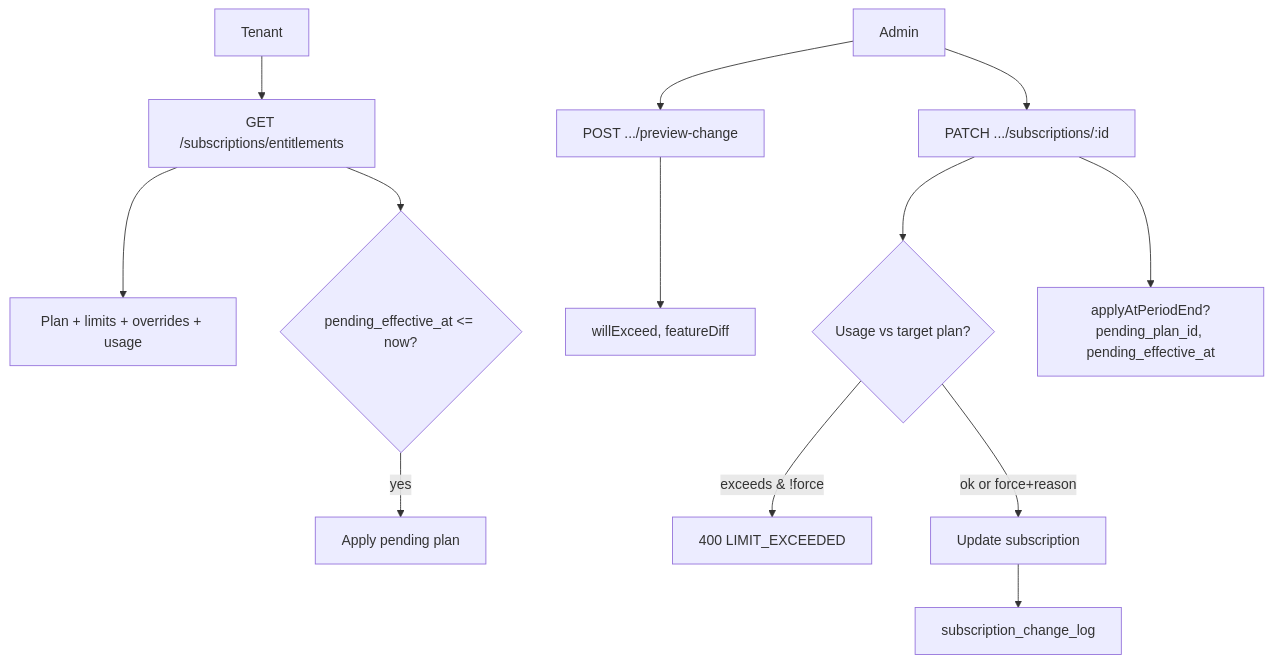
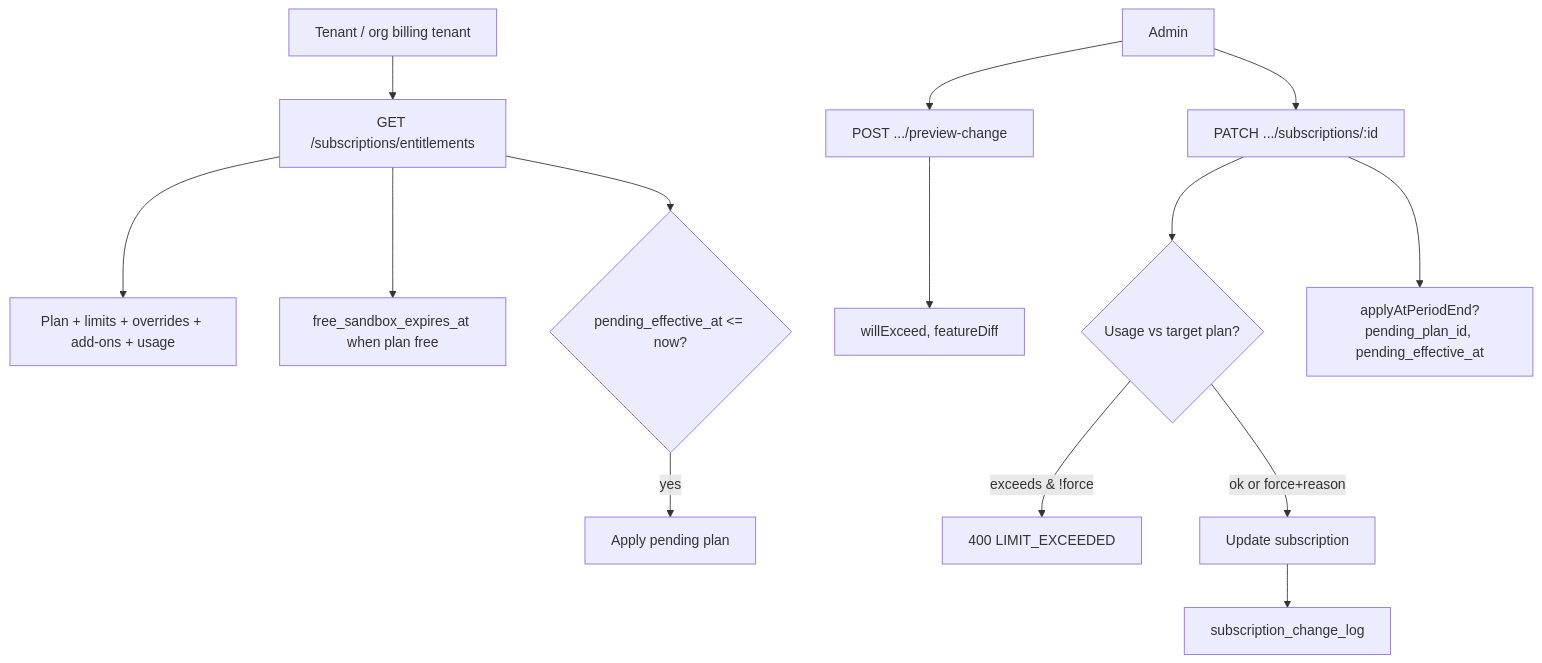
Before and after one commit to ghadimdallaldev/supplify_erp: the diagram in docs/blueprint/workflows/subscription_flow.mmd, drawn with Mermaid. The commit also changed 68 other files, not shown here.

First line of the commit message:
feat(admin): searchable limits tab, deal boosts, and diagram catalog

```diff
--- a/docs/blueprint/workflows/subscription_flow.mmd
+++ b/docs/blueprint/workflows/subscription_flow.mmd
@@ -1,13 +1,15 @@
+%% Subscription admin + entitlements (tiers: free trial, silver $49, gold $149, platinum $349; bronze → silver)
 flowchart TB
-  Tenant[Tenant] --> GetEntitlements[GET /subscriptions/entitlements]
-  GetEntitlements --> Plan[Plan + limits + overrides + usage]
+  Tenant[Tenant / org billing tenant] --> GetEntitlements[GET /subscriptions/entitlements]
+  GetEntitlements --> Plan[Plan + limits + overrides + add-ons + usage]
+  GetEntitlements --> Trial[free_sandbox_expires_at when plan free]
   Admin[Admin] --> Preview[POST .../preview-change]
   Preview --> WillExceed[willExceed, featureDiff]
   Admin --> PATCH[PATCH .../subscriptions/:id]
   PATCH --> Check{Usage vs target plan?}
   Check -->|exceeds & !force| Block[400 LIMIT_EXCEEDED]
   Check -->|ok or force+reason| Update[Update subscription]
   PATCH --> ApplyAtEnd[applyAtPeriodEnd?\npending_plan_id, pending_effective_at]
   Update --> ChangeLog[subscription_change_log]
   GetEntitlements --> ApplyPending{pending_effective_at <= now?}
   ApplyPending -->|yes| ApplyPlan[Apply pending plan]
```
